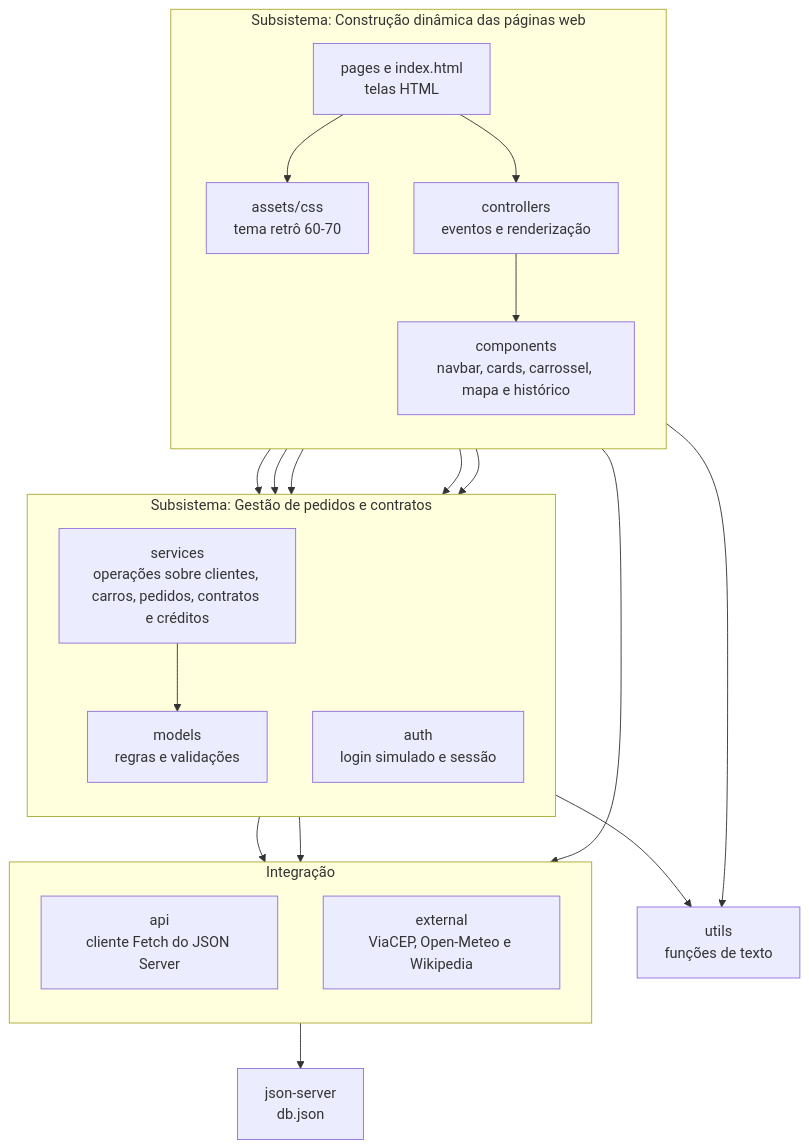
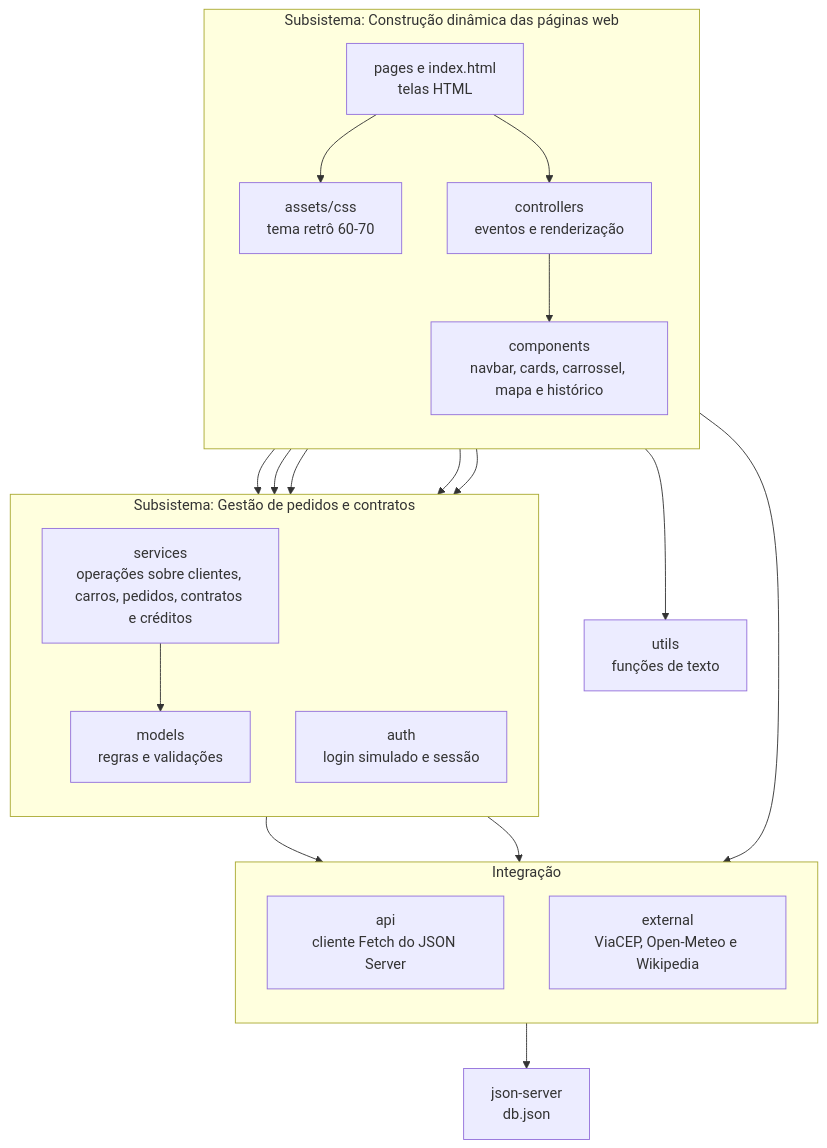
One commit to gabrielcarvalhosoa/WeekndCar changed the diagram in docs/diagrama-de-pacotes.md. Above: the diagram before and after it, drawn with Mermaid. The commit also changed other lines of this file and 4 other files, not shown here.

````diff
--- a/docs/diagrama-de-pacotes.md
+++ b/docs/diagrama-de-pacotes.md
@@ -7,42 +7,41 @@
 ```mermaid
 flowchart TB
     subgraph WEB["Subsistema: Construção dinâmica das páginas web"]
         direction TB
         P1["pages e index.html<br/>telas HTML"]
         P3["assets/css<br/>tema retrô 60-70"]
         P4["controllers<br/>eventos e renderização"]
         P2["components<br/>navbar, cards, carrossel, mapa e histórico"]
     end
 
     subgraph NEG["Subsistema: Gestão de pedidos e contratos"]
         direction TB
         N1["models<br/>regras e validações"]
         N2["services<br/>operações sobre clientes, carros, pedidos, contratos e créditos"]
         N3["auth<br/>login simulado e sessão"]
     end
 
     subgraph INT["Integração"]
         direction TB
         I1["api<br/>cliente Fetch do JSON Server"]
         I2["external<br/>ViaCEP, Open-Meteo e Wikipedia"]
     end
 
     U["utils<br/>funções de texto"]
     D1["json-server<br/>db.json"]
 
     P1 --> P3
     P1 --> P4
     P4 --> P2
     P4 --> N1
     P4 --> N2
     P4 --> N3
     P4 --> I2
     P2 --> N1
     P2 --> N3
     P2 --> U
-    N1 --> U
     N2 --> N1
     N2 --> I1
     N3 --> I1
     I1 --> D1
 ```
````
